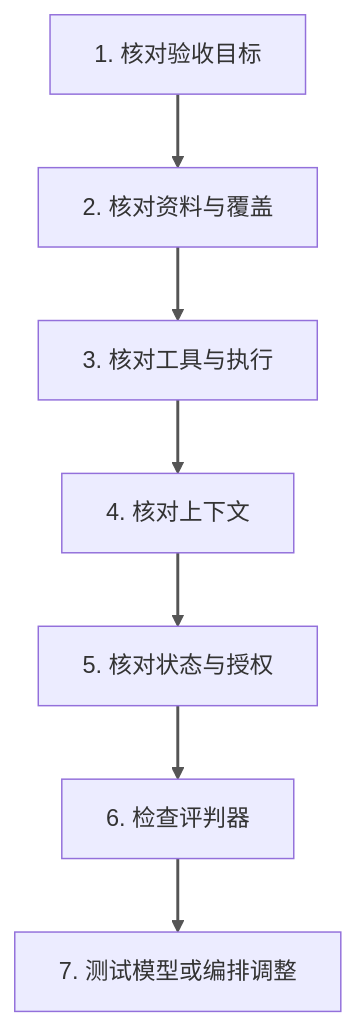
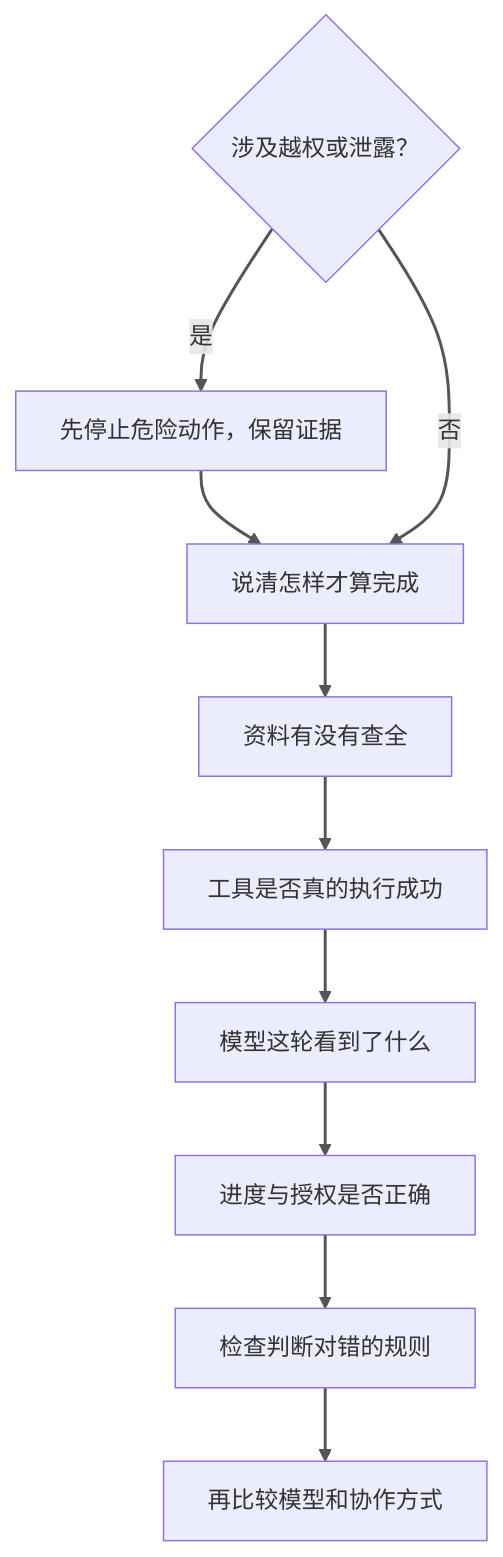
Before and after one commit to junheng/digitalgarden: the first of 2 diagrams in src/site/notes/03 - Resources/Published/Agent 应用指南/03 - Agent 为什么失效.md, drawn with Mermaid. The commit also changed other lines of this file and 4 other files, not shown here.

````diff
--- a/src/site/notes/03 - Resources/Published/Agent 应用指南/03 - Agent 为什么失效.md
+++ b/src/site/notes/03 - Resources/Published/Agent 应用指南/03 - Agent 为什么失效.md
@@ -18,10 +20,13 @@
 ```mermaid
 flowchart TD
-    A["1. 核对验收目标"] --> B["2. 核对资料与覆盖"]
-    B --> C["3. 核对工具与执行"]
-    C --> D["4. 核对上下文"]
-    D --> E["5. 核对状态与授权"]
-    E --> F["6. 检查评判器"]
-    F --> G["7. 测试模型或编排调整"]
+    R{"涉及越权或泄露？"} -->|是| X["先停止危险动作，保留证据"]
+    X --> A["说清怎样才算完成"]
+    R -->|否| A
+    A --> B["资料有没有查全"]
+    B --> C["工具是否真的执行成功"]
+    C --> D["模型这轮看到了什么"]
+    D --> E["进度与授权是否正确"]
+    E --> F["检查判断对错的规则"]
+    F --> G["再比较模型和协作方式"]
     linkStyle default stroke:#555,stroke-width:2px;
 ```
````
